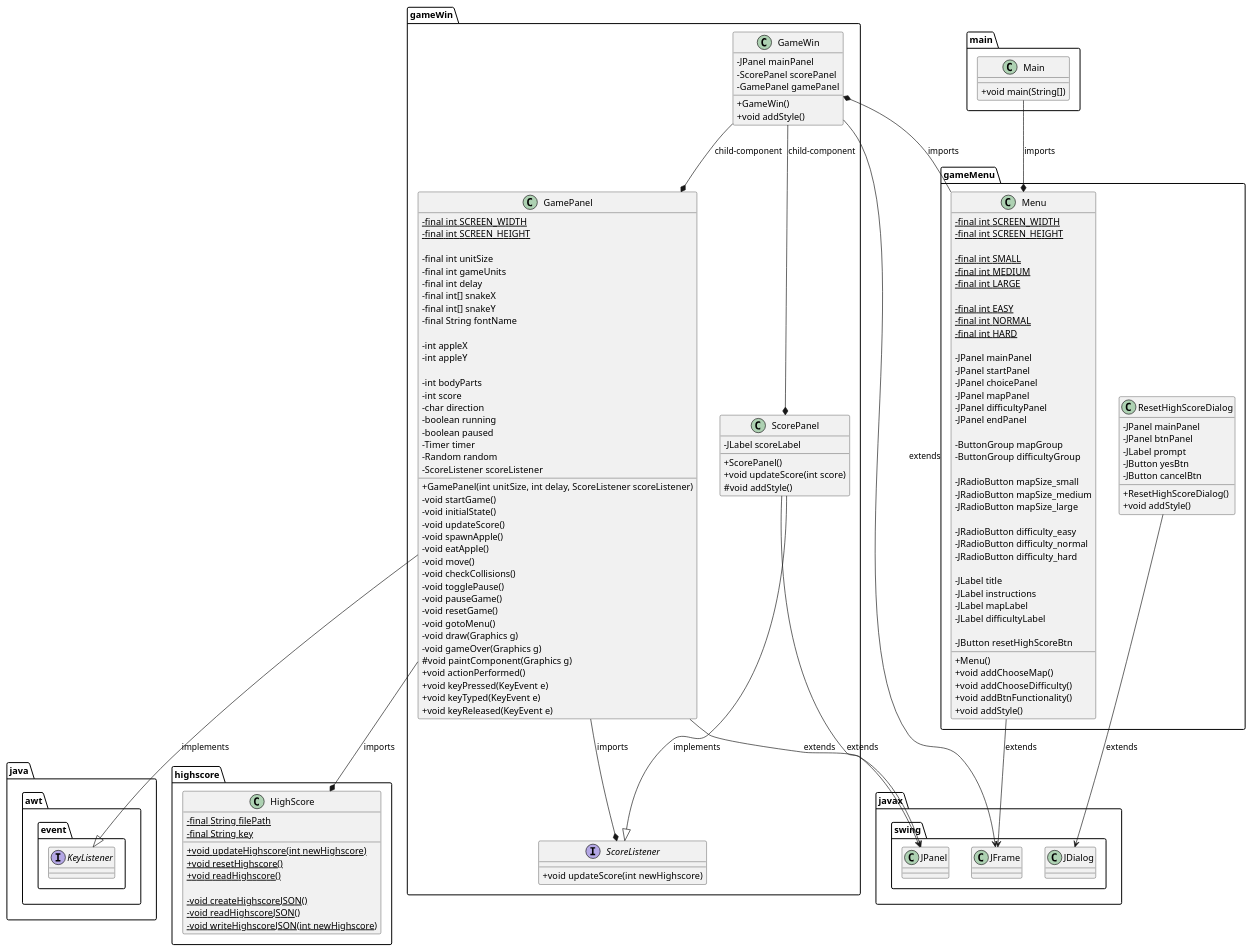
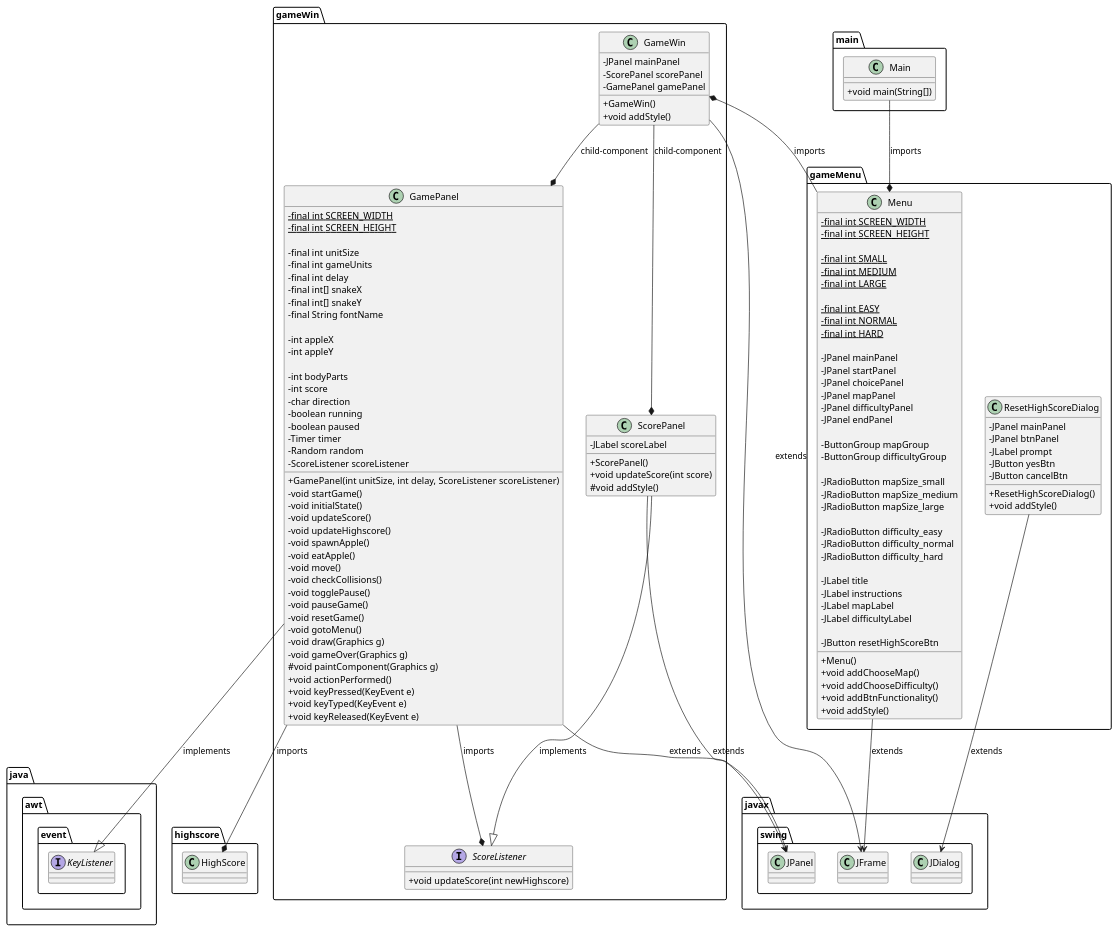
The diagram in docs/puml/gameClass.puml (ShaheerSharif/snake-game-4th-sem), drawn with PlantUML before and after one commit. The commit also changed 21 other files, not shown here.

```diff
--- a/docs/puml/gameClass.puml
+++ b/docs/puml/gameClass.puml
@@ -1,190 +1,174 @@
 @startuml gameClassDiagram
 
     skinparam classAttributeIconSize 0
 
     gameMenu.ResetHighScoreDialog --> javax.swing.JDialog : extends
     gameMenu.Menu --> javax.swing.JFrame : extends
     gameWin.GameWin --> javax.swing.JFrame : extends
     gameWin.GamePanel --> javax.swing.JPanel : extends
     gameWin.ScorePanel --> javax.swing.JPanel : extends
 
     gameWin.GamePanel --|> java.awt.event.KeyListener : implements
     gameWin.ScorePanel --|> gameWin.ScoreListener : implements
 
     gameWin.GameWin --* gameWin.ScorePanel : child-component
     gameWin.GameWin --* gameWin.GamePanel : child-component
 
     gameMenu.Menu -left-* gameWin.GameWin : imports
     gameWin.GamePanel --* highscore.HighScore : imports
     gameWin.GamePanel --* gameWin.ScoreListener : imports
     main.Main --* gameMenu.Menu : imports
 
     package main {
         class Main
     }
 
     package gameMenu {
         class gameMenu.Menu
         class gameMenu.ResetHighScoreDialog
     }
 
     package gameWin {
         class gameWin.GameWin
         class gameWin.GamePanel
         class gameWin.ScorePanel
         interface gameWin.ScoreListener
 
-    }
-
-    package highscore {
-        class highscore.HighScore
     }
 
     package javax.swing {
         class javax.swing.JFrame
         class javax.swing.JDialog
         class javax.swing.JPanel
     }
 
     package java.awt.event {
         interface java.awt.event.KeyListener
     }
 
     class main.Main {
         +void main(String[])
     }
 
     class gameMenu.Menu {
         -final int {static} SCREEN_WIDTH
         -final int {static} SCREEN_HEIGHT
         
         -final int {static} SMALL
         -final int {static} MEDIUM
         -final int {static} LARGE
         
         -final int {static} EASY
         -final int {static} NORMAL
         -final int {static} HARD
 
         -JPanel mainPanel
         -JPanel startPanel
         -JPanel choicePanel
         -JPanel mapPanel
         -JPanel difficultyPanel
         -JPanel endPanel
 
         -ButtonGroup mapGroup
         -ButtonGroup difficultyGroup
 
         -JRadioButton mapSize_small
         -JRadioButton mapSize_medium
         -JRadioButton mapSize_large
 
         -JRadioButton difficulty_easy
         -JRadioButton difficulty_normal
         -JRadioButton difficulty_hard
 
         -JLabel title
         -JLabel instructions
         -JLabel mapLabel
         -JLabel difficultyLabel
 
         -JButton resetHighScoreBtn
 
         +Menu()
         +void addChooseMap()
         +void addChooseDifficulty()
         +void addBtnFunctionality()
         +void addStyle()
     }
 
     class gameMenu.ResetHighScoreDialog {
         -JPanel mainPanel
         -JPanel btnPanel
         -JLabel prompt
         -JButton yesBtn
         -JButton cancelBtn
 
         +ResetHighScoreDialog()
         +void addStyle()
     }
 
     class gameWin.GamePanel {
         -final int {static} SCREEN_WIDTH
         -final int {static} SCREEN_HEIGHT
 
         -final int unitSize
         -final int gameUnits
         -final int delay
         -final int[] snakeX
         -final int[] snakeY
         -final String fontName
 
         -int appleX
         -int appleY
         
         -int bodyParts
         -int score
         -char direction
         -boolean running
         -boolean paused
         -Timer timer
         -Random random
         -ScoreListener scoreListener
 
         +GamePanel(int unitSize, int delay, ScoreListener scoreListener)
         -void startGame()
         -void initialState()
         -void updateScore()
+        -void updateHighscore()
         -void spawnApple()
         -void eatApple()
         -void move()
         -void checkCollisions()
         -void togglePause()
         -void pauseGame()
         -void resetGame()
         -void gotoMenu()
         -void draw(Graphics g)
         -void gameOver(Graphics g)
         #void paintComponent(Graphics g)
         +void actionPerformed()
         +void keyPressed(KeyEvent e)
         +void keyTyped(KeyEvent e)
         +void keyReleased(KeyEvent e)
     }
 
     class gameWin.ScorePanel {
         -JLabel scoreLabel
         
         +ScorePanel()
         +void updateScore(int score)
         #void addStyle()
     }
 
     class gameWin.GameWin {
         -JPanel mainPanel
         -ScorePanel scorePanel
         -GamePanel gamePanel
 
         +GameWin()
         +void addStyle()
     }
 
-    class highscore.HighScore {
-        -final {static} String filePath
-        -final {static} String key
-
-        +{static} void updateHighscore(int newHighscore)
-        +{static} void resetHighscore()
-        +{static} void readHighscore()
-        
-        -{static} void createHighscoreJSON()
-        -{static} void readHighscoreJSON()
-        -{static} void writeHighscoreJSON(int newHighscore)
-    }
-
     interface gameWin.ScoreListener {
         +void updateScore(int newHighscore)
     }
 
 @enduml
```
